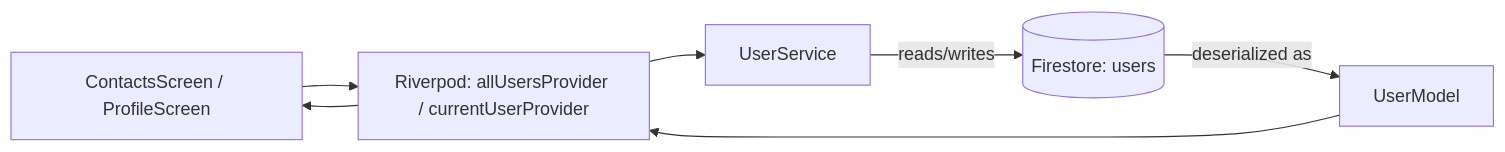
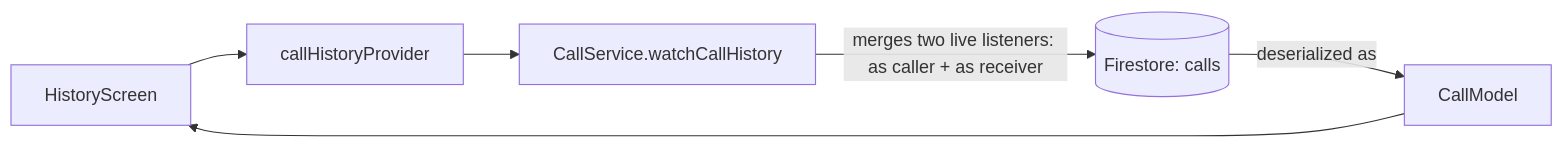
One commit to shivamshukla02/connectcall changed the third of 3 diagrams in README.md. Above: the diagram before and after it, drawn with Mermaid. The commit also changed other lines of this file, not shown here.

````diff
--- a/README.md
+++ b/README.md
@@ -134,9 +128,8 @@
 ```mermaid
 flowchart LR
-    UI[ContactsScreen / ProfileScreen] --> RP[Riverpod: allUsersProvider / currentUserProvider]
-    RP --> SV[UserService]
-    SV -->|reads/writes| FS[(Firestore: users)]
-    FS -->|deserialized as| UM[UserModel]
-    UM --> RP
-    RP --> UI
+    HS[HistoryScreen] --> CHP[callHistoryProvider]
+    CHP --> CSVC2[CallService.watchCallHistory]
+    CSVC2 -->|merges two live listeners: as caller + as receiver| FS[(Firestore: calls)]
+    FS -->|deserialized as| CM[CallModel]
+    CM --> HS
 ```
````
